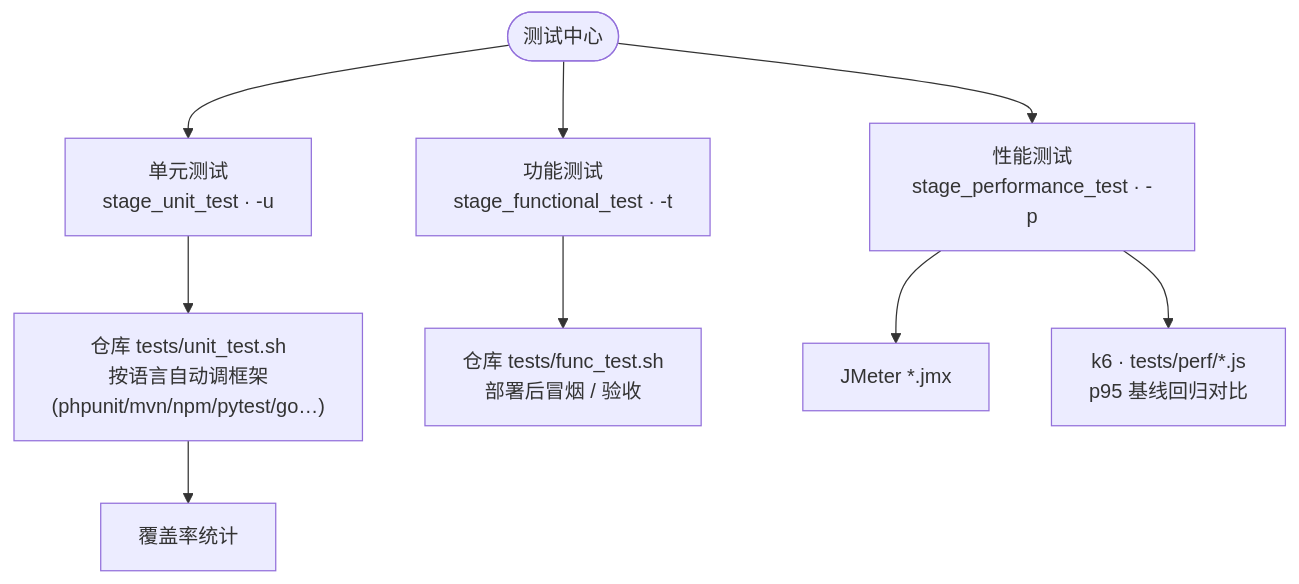
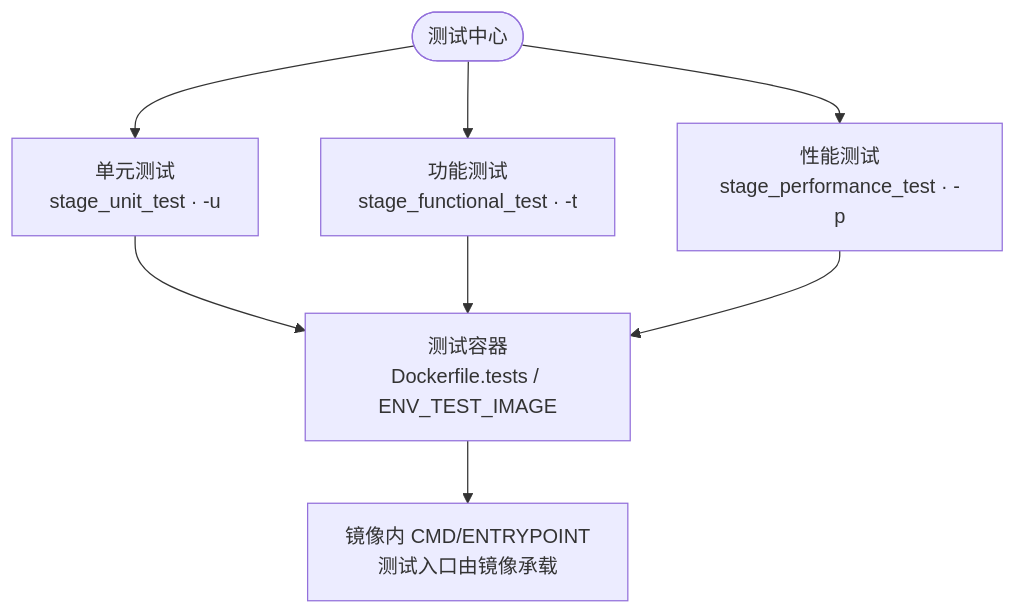
The diagram in docs/testing.md (xiagw/deploy.sh), drawn with Mermaid before and after one commit. The commit also changed other lines of this file and 15 other files, not shown here.

````diff
--- a/docs/testing.md
+++ b/docs/testing.md
@@ -21,12 +21,10 @@
 ```mermaid
 flowchart TD
   A([测试中心]) --> U["单元测试<br/>stage_unit_test · -u"]
   A --> F["功能测试<br/>stage_functional_test · -t"]
   A --> P["性能测试<br/>stage_performance_test · -p"]
-
-  U --> U1["仓库 tests/unit_test.sh<br/>按语言自动调框架(phpunit/mvn/npm/pytest/go…)"]
-  U1 --> U2["覆盖率统计"]
-  F --> F1["仓库 tests/func_test.sh<br/>部署后冒烟 / 验收"]
-  P --> P1["JMeter *.jmx"]
-  P --> P2["k6 · tests/perf/*.js<br/>p95 基线回归对比"]
+  U --> M["测试容器<br/>Dockerfile.tests / ENV_TEST_IMAGE"]
+  F --> M
+  P --> M
+  M --> R["镜像内 CMD/ENTRYPOINT<br/>测试入口由镜像承载"]
 ```
````
